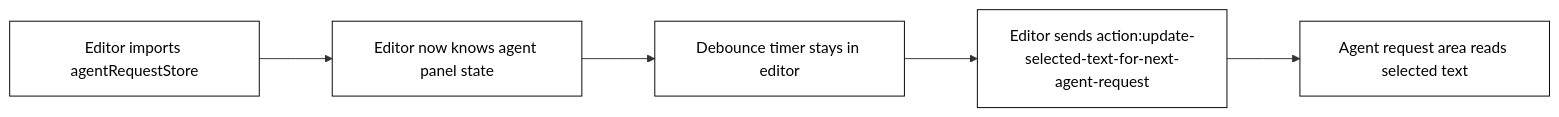
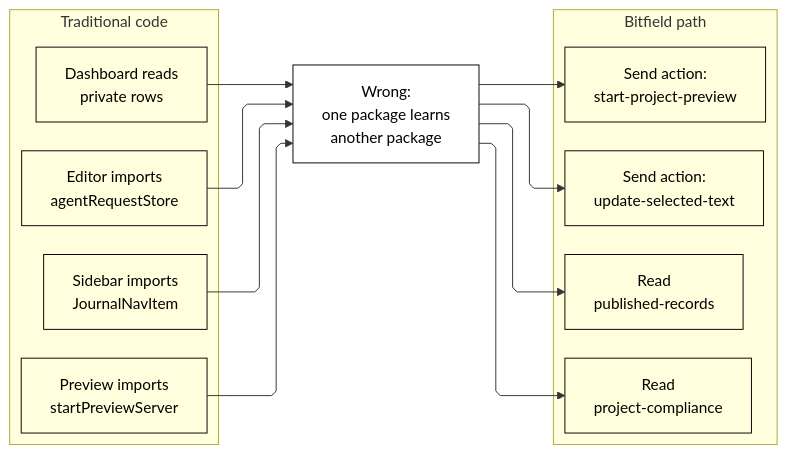
One commit to kngf222/bitfield-docs changed the diagram in runtime-kit/build-without-tangled-code/translate-traditional-code.mdx. Above: the diagram before and after it, drawn with Mermaid. The commit also changed 1 other file, not shown here.

Commit message:
docs: improve mermaid translation diagram

````diff
--- a/runtime-kit/build-without-tangled-code/translate-traditional-code.mdx
+++ b/runtime-kit/build-without-tangled-code/translate-traditional-code.mdx
@@ -16,20 +16,39 @@
 ```mermaid
-%%{init: {'flowchart': {'nodeSpacing': 56, 'rankSpacing': 76, 'curve': 'linear'}}}%%
+%%{init: {'flowchart': {'defaultRenderer': 'elk', 'nodeSpacing': 40, 'rankSpacing': 56, 'curve': 'linear'}}}%%
 flowchart LR
-  Bad["Editor imports agentRequestStore"] --> Breaks["Editor now knows agent panel state"]
-  Breaks --> Local["Debounce timer stays in editor"]
-  Local --> Request["Editor sends action:update-selected-text-for-next-agent-request"]
-  Request --> Read["Agent request area reads selected text"]
+  subgraph Bad["Traditional code"]
+    BadStore["Editor imports<br/>agentRequestStore"]
+    BadShell["Sidebar imports<br/>JournalNavItem"]
+    BadPreview["Preview imports<br/>startPreviewServer"]
+    BadRows["Dashboard reads<br/>private rows"]
+  end
+
+  Stop["Wrong:<br/>one package learns<br/>another package"]
+
+  subgraph Good["Bitfield path"]
+    GoodText["Send action:<br/>update-selected-text"]
+    GoodRecords["Read<br/>published-records"]
+    GoodPreview["Send action:<br/>start-project-preview"]
+    GoodCompliance["Read<br/>project-compliance"]
+  end
+
+  BadStore --> Stop
+  BadShell --> Stop
+  BadPreview --> Stop
+  BadRows --> Stop
+
+  Stop --> GoodText
+  Stop --> GoodRecords
+  Stop --> GoodPreview
+  Stop --> GoodCompliance
 
   classDef traditional fill:transparent,stroke:currentColor,color:currentColor;
   classDef reject fill:transparent,stroke:currentColor,color:currentColor;
-  classDef private fill:transparent,stroke:currentColor,color:currentColor;
   classDef request fill:transparent,stroke:currentColor,color:currentColor;
   classDef read fill:transparent,stroke:currentColor,color:currentColor;
 
-  class Bad traditional;
-  class Breaks reject;
-  class Local private;
-  class Request request;
-  class Read read;
+  class BadStore,BadShell,BadPreview,BadRows traditional;
+  class Stop reject;
+  class GoodText,GoodPreview request;
+  class GoodRecords,GoodCompliance read;
 ```
````
